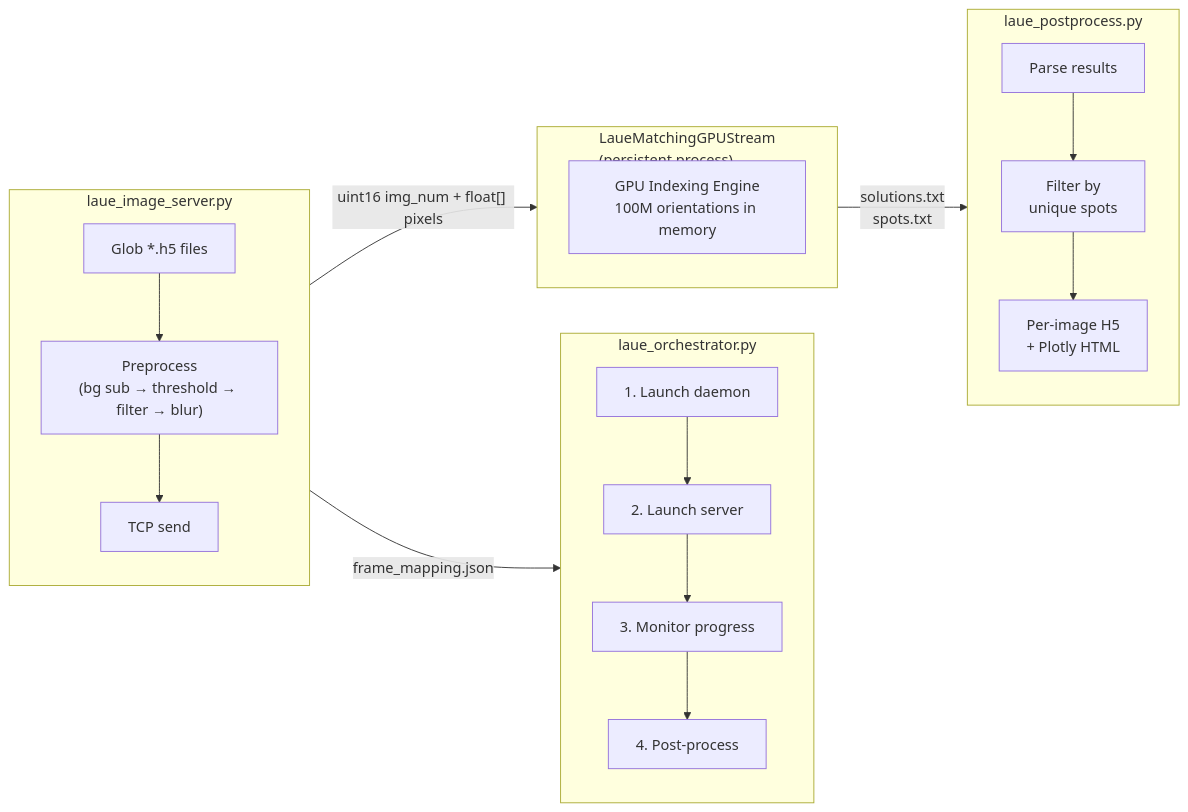
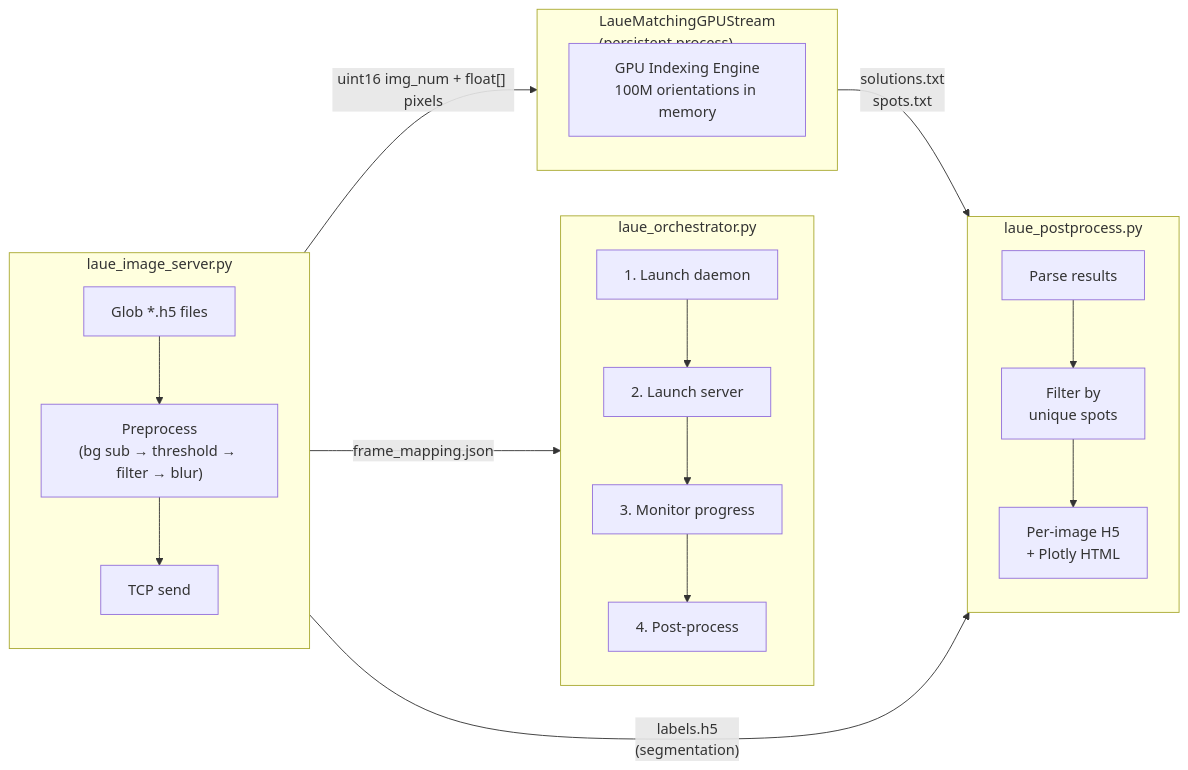
One commit to AdvancedPhotonSource/LaueMatching changed the second of 2 diagrams in README.md. Above: the diagram before and after it, drawn with Mermaid. The commit also changed other lines of this file and 4 other files, not shown here.

First line of the commit message:
feat: carry image segmentation labels through streaming pipeline

````diff
--- a/README.md
+++ b/README.md
@@ -71,29 +71,30 @@
 ```mermaid
 flowchart LR
     subgraph Orchestrator ["laue_orchestrator.py"]
         direction TB
         S1["1. Launch daemon"]
         S2["2. Launch server"]
         S3["3. Monitor progress"]
         S4["4. Post-process"]
         S1 --> S2 --> S3 --> S4
     end
 
     subgraph Daemon ["LaueMatchingGPUStream<br/>(persistent process)"]
         GPU["GPU Indexing Engine<br/>100M orientations in memory"]
     end
 
     subgraph Server ["laue_image_server.py"]
         direction TB
         H5["Glob *.h5 files"] --> Pre["Preprocess<br/>(bg sub → threshold → filter → blur)"] --> Send["TCP send"]
     end
 
     subgraph PostProc ["laue_postprocess.py"]
         direction TB
         Parse["Parse results"] --> Filter["Filter by<br/>unique spots"] --> Out["Per-image H5<br/>+ Plotly HTML"]
     end
 
     Server -- "uint16 img_num + float[] pixels" --> Daemon
     Daemon -- "solutions.txt<br/>spots.txt" --> PostProc
     Server -- "frame_mapping.json" --> Orchestrator
+    Server -- "labels.h5<br/>(segmentation)" --> PostProc
 ```
````
